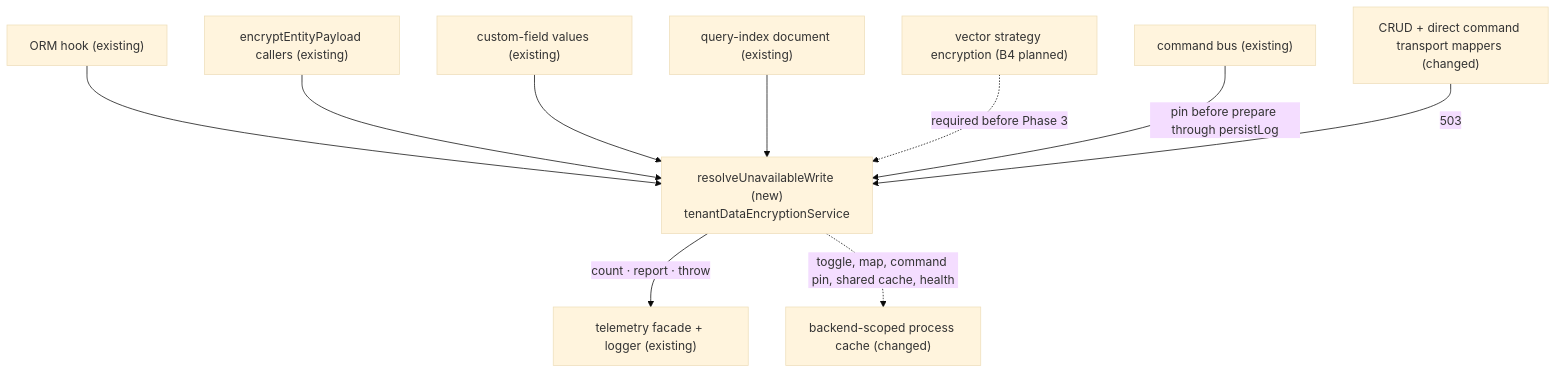
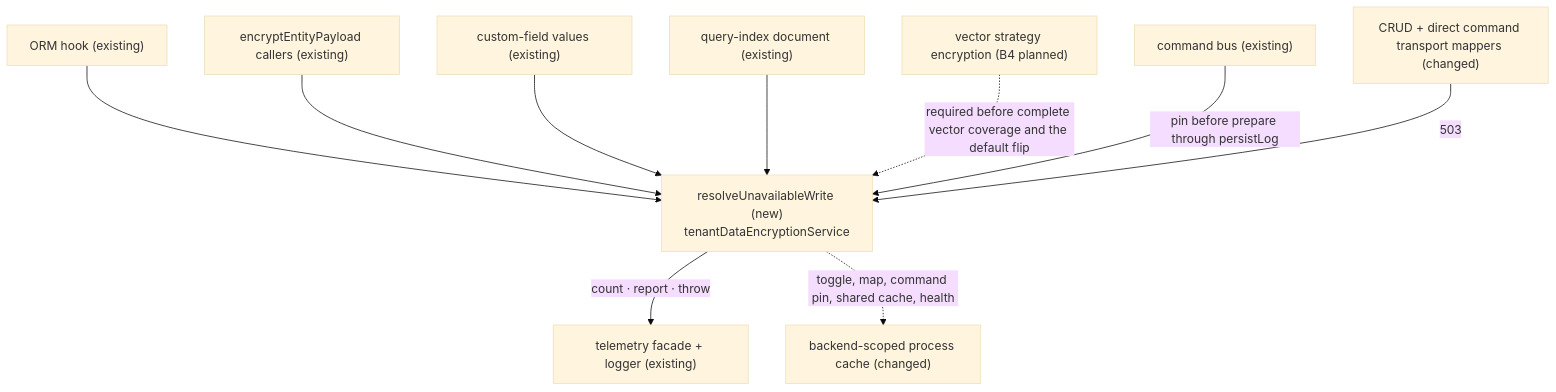
The diagram in .ai/specs/GDPR/2026-11-16-kms-fail-closed.md (open-mercato/open-mercato), drawn with Mermaid (base theme) before and after one commit. The commit also changed other lines of this file and 29 other files, not shown here.

````diff
--- a/.ai/specs/GDPR/2026-11-16-kms-fail-closed.md
+++ b/.ai/specs/GDPR/2026-11-16-kms-fail-closed.md
@@ -196,13 +196,13 @@
 ```mermaid
 flowchart TD
   D["resolveUnavailableWrite (new)<br/>tenantDataEncryptionService"]
   S["ORM hook (existing)"] --> D
   E["encryptEntityPayload callers (existing)"] --> D
   C["custom-field values (existing)"] --> D
   I["query-index document (existing)"] --> D
-  V["vector strategy encryption (B4 planned)"] -. "required before Phase 3" .-> D
+  V["vector strategy encryption (B4 planned)"] -. "required before complete vector coverage and the default flip" .-> D
   B["command bus (existing)"] -- "pin before prepare through persistLog" --> D
   D -- "count · report · throw" --> T["telemetry facade + logger (existing)"]
   D -. "toggle, map, command pin, shared cache, health" .-> K["backend-scoped process cache (changed)"]
   R["CRUD + direct command transport mappers (changed)"] -- "503" --> D
 ```
````
